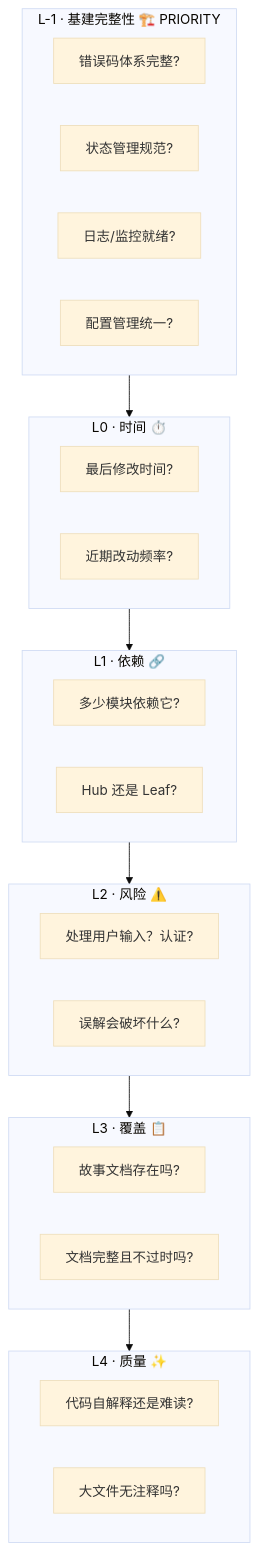
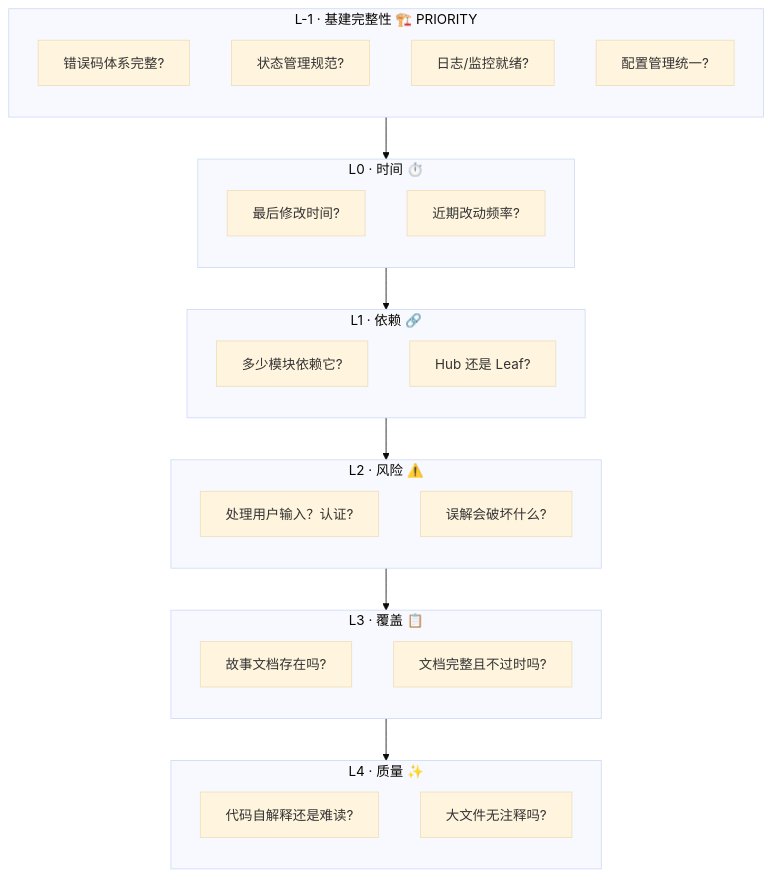
The second of 9 diagrams in skills/rui/ranking.md (effiy/YrY), drawn with Mermaid (base theme) before and after one commit. The commit also changed other lines of this file and 42 other files, not shown here.

First line of the commit message:
feat: apply Mermaid authoring rules (M1-M12) across entire codebase

````diff
--- a/skills/rui/ranking.md
+++ b/skills/rui/ranking.md
@@ -62,31 +70,37 @@
 ```mermaid
 flowchart TB
     subgraph Lm1["L-1 · 基建完整性 🏗️ PRIORITY"]
+        direction TB
         Lm1A["错误码体系完整?"]
         Lm1B["状态管理规范?"]
         Lm1C["日志/监控就绪?"]
         Lm1D["配置管理统一?"]
     end
     subgraph L0["L0 · 时间 ⏱️"]
+        direction TB
         L0A["最后修改时间?"]
         L0B["近期改动频率?"]
     end
     subgraph L1["L1 · 依赖 🔗"]
+        direction TB
         L1A["多少模块依赖它?"]
         L1B["Hub 还是 Leaf?"]
     end
     subgraph L2["L2 · 风险 ⚠️"]
+        direction TB
         L2A["处理用户输入？认证?"]
         L2B["误解会破坏什么?"]
     end
     subgraph L3["L3 · 覆盖 📋"]
+        direction TB
         L3A["故事文档存在吗?"]
         L3B["文档完整且不过时吗?"]
     end
     subgraph L4["L4 · 质量 ✨"]
+        direction TB
         L4A["代码自解释还是难读?"]
         L4B["大文件无注释吗?"]
     end
 
     Lm1 --> L0 --> L1 --> L2 --> L3 --> L4
 ```
````
